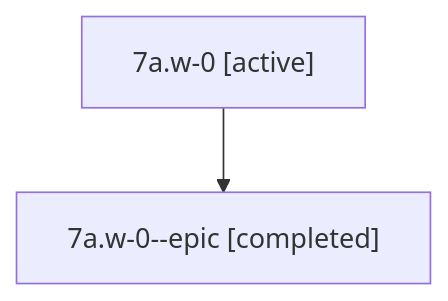
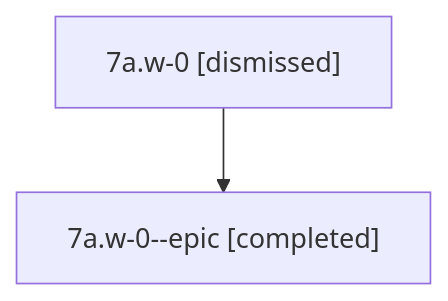
The diagram in sessions/bbugyi200.athena.7a.w-0.md (sase-org/sase--agents), drawn with Mermaid before and after one commit. The commit also changed other lines of this file and 26 other files, not shown here.

````diff
--- a/sessions/bbugyi200.athena.7a.w-0.md
+++ b/sessions/bbugyi200.athena.7a.w-0.md
@@ -9,6 +9,6 @@
 ```mermaid
 flowchart TD
-  n0["7a.w-0 [active]"]
+  n0["7a.w-0 [dismissed]"]
   n1["7a.w-0--epic [completed]"]
   n0 --> n1
 ```
````
